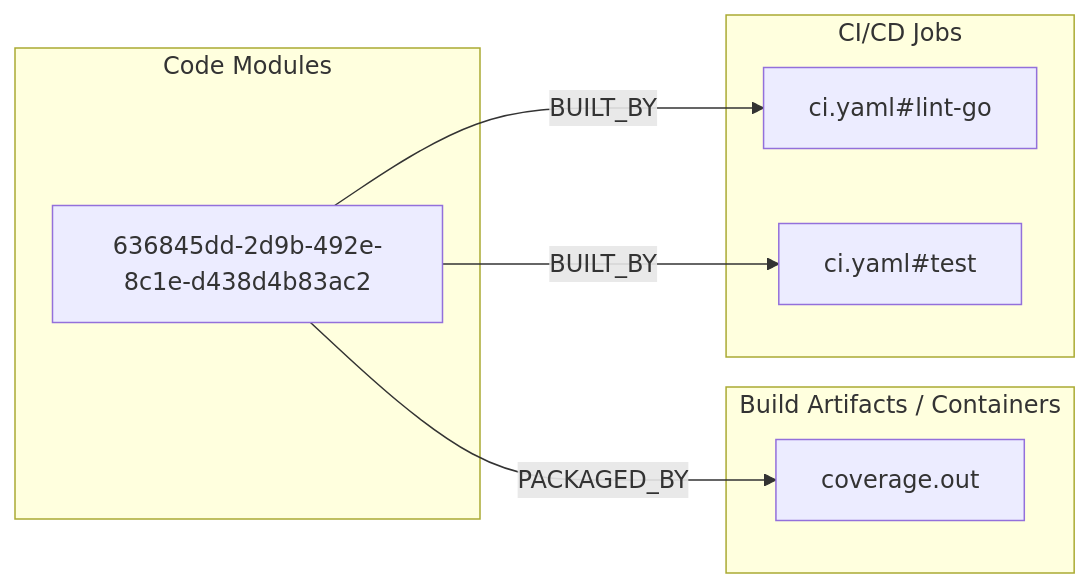
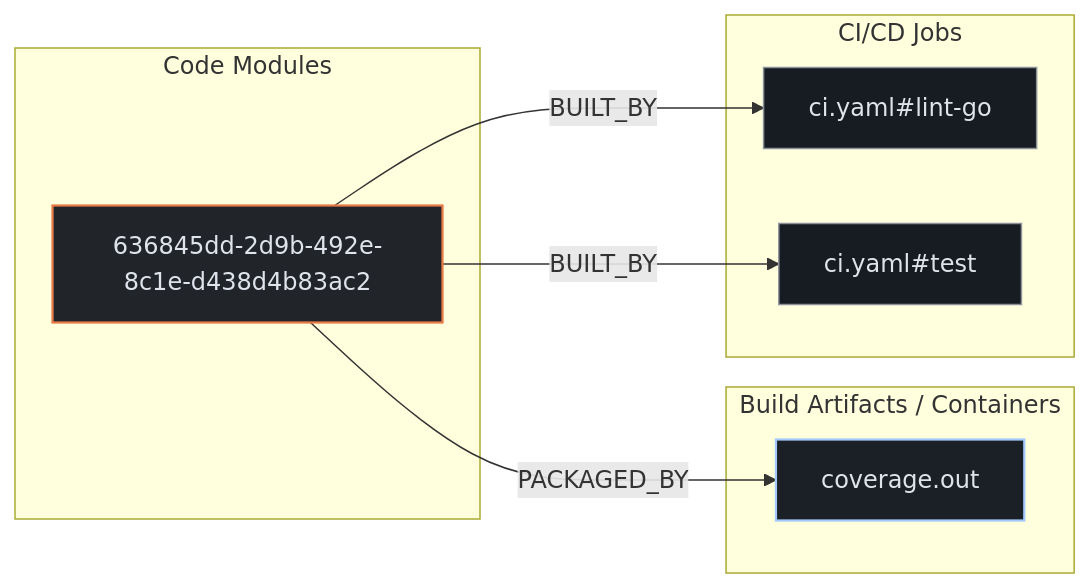
The second of 3 diagrams in exports/latest/reports/argoproj-notifications-engine-report.md (kumarshaz/atruss-code-atlas), drawn with Mermaid before and after one commit. The commit also changed other lines of this file and 331 other files, not shown here.

Commit message:
docs,ui,fix: update SDLC docs, reorder CI/CD DAG first, stylize Mermaid, and fix Arc42 pipeline topology

````diff
--- a/exports/latest/reports/argoproj-notifications-engine-report.md
+++ b/exports/latest/reports/argoproj-notifications-engine-report.md
@@ -188,16 +195,20 @@
 ```mermaid
 flowchart LR
+    classDef atlasCategory fill:#212428,stroke:#E87A48,stroke-width:1.5px,color:#dfe3eb
+    classDef atlasWorkflow fill:#1b2026,stroke:#a3c9ff,stroke-width:1.5px,color:#dfe3eb
+    classDef atlasJob fill:#171c22,stroke:#8d9199,stroke-width:1px,color:#dfe3eb
+    classDef atlasTarget fill:#005227,stroke:#8bd99b,stroke-width:1.5px,color:#a7f6b6
     subgraph code_modules["Code Modules"]
-        mod_636845dd_2d9b_492e_8c1e_d438d4b83ac2["636845dd-2d9b-492e-8c1e-d438d4b83ac2"]
+        mod_636845dd_2d9b_492e_8c1e_d438d4b83ac2["636845dd-2d9b-492e-8c1e-d438d4b83ac2"]:::atlasCategory
     end
     subgraph build_artifacts["Build Artifacts / Containers"]
-        art_coverage_out["coverage.out"]
+        art_coverage_out["coverage.out"]:::atlasWorkflow
     end
     subgraph ci_jobs["CI/CD Jobs"]
-        job_ci_yaml_lint_go["ci.yaml#lint-go"]
-        job_ci_yaml_test["ci.yaml#test"]
+        job_ci_yaml_lint_go["ci.yaml#lint-go"]:::atlasJob
+        job_ci_yaml_test["ci.yaml#test"]:::atlasJob
     end
     mod_636845dd_2d9b_492e_8c1e_d438d4b83ac2 -->|BUILT_BY| job_ci_yaml_lint_go
     mod_636845dd_2d9b_492e_8c1e_d438d4b83ac2 -->|BUILT_BY| job_ci_yaml_test
     mod_636845dd_2d9b_492e_8c1e_d438d4b83ac2 -->|PACKAGED_BY| art_coverage_out
 ```
````
